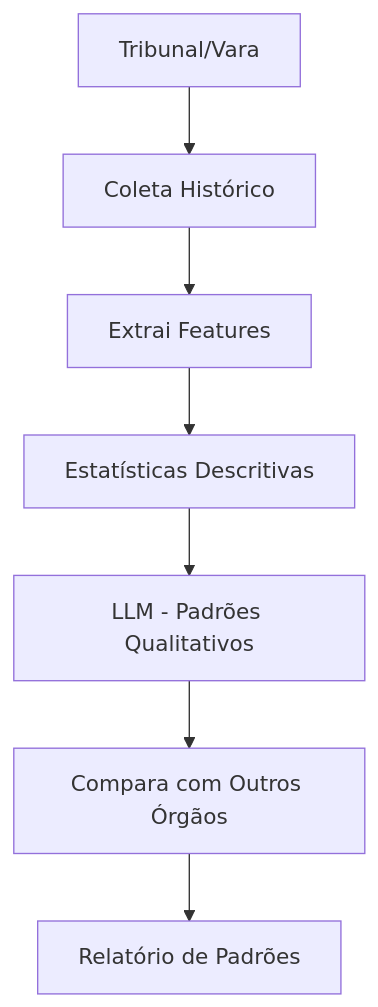
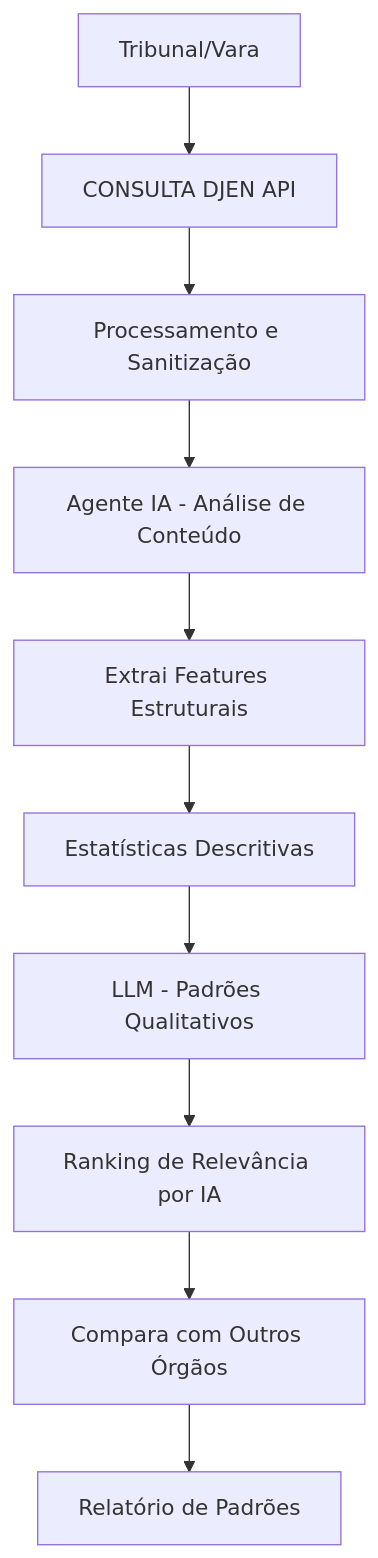
The fifth of 9 diagrams in documentacao/architecture/apresentacao_sistema_visual.md (ftorres92/juris-dev-agil), drawn with Mermaid before and after one commit. The commit also changed other lines of this file, not shown here.

````diff
--- a/documentacao/architecture/apresentacao_sistema_visual.md
+++ b/documentacao/architecture/apresentacao_sistema_visual.md
@@ -344,9 +222,12 @@
 ```mermaid
 graph TD
-    A[Tribunal/Vara] --> B[Coleta Histórico]
-    B --> C[Extrai Features]
-    C --> D[Estatísticas Descritivas]
-    D --> E[LLM - Padrões Qualitativos]
-    E --> F[Compara com Outros Órgãos]
-    F --> G[Relatório de Padrões]
+    A[Tribunal/Vara] --> B[CONSULTA DJEN API]
+    B --> C[Processamento e Sanitização]
+    C --> D[Agente IA - Análise de Conteúdo]
+    D --> E[Extrai Features Estruturais]
+    E --> F[Estatísticas Descritivas]
+    F --> G[LLM - Padrões Qualitativos]
+    G --> H[Ranking de Relevância por IA]
+    H --> I[Compara com Outros Órgãos]
+    I --> J[Relatório de Padrões]
 ```
````
